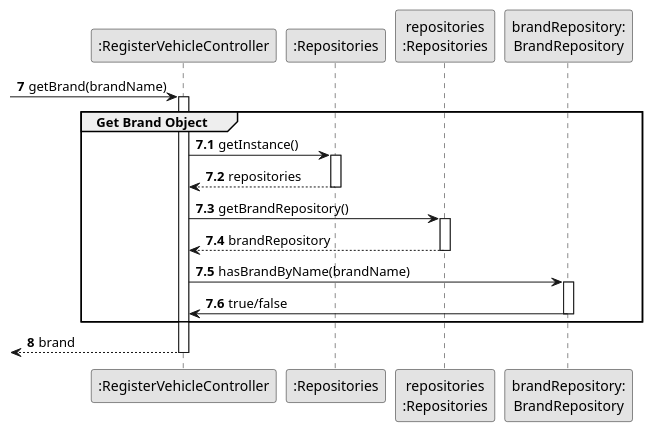
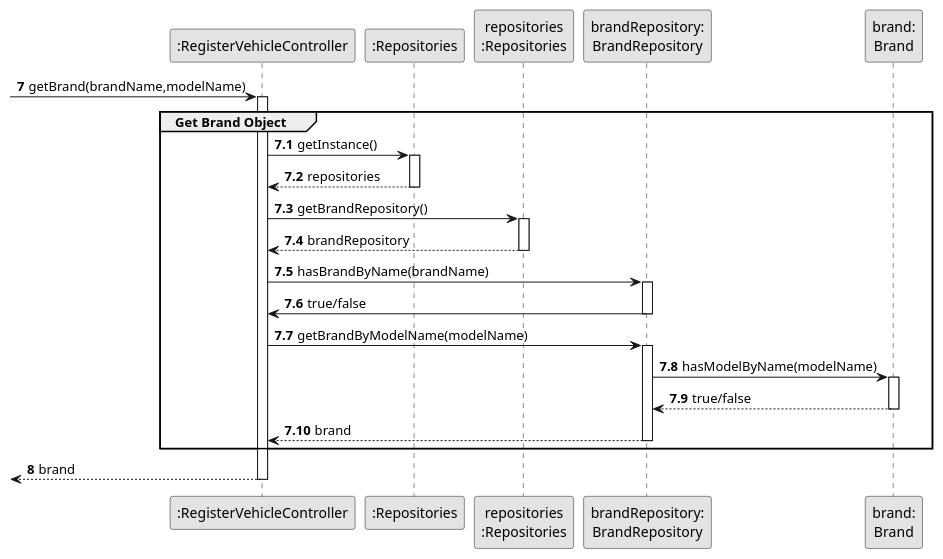
Before and after one commit to Departamento-de-Engenharia-Informatica/lei-24-s2-1db-g022: the diagram in docs/sprint2/us06/03.design/puml/us06-sequence-diagram-partial-get-brand.puml, drawn with PlantUML. The commit also changed 35 other files, not shown here.

Commit message:
Rectification of US06 diagrams Realisation of US06 implementation

```diff
--- a/docs/sprint2/us06/03.design/puml/us06-sequence-diagram-partial-get-brand.puml
+++ b/docs/sprint2/us06/03.design/puml/us06-sequence-diagram-partial-get-brand.puml
@@ -1,43 +1,58 @@
 @startuml
 skinparam monochrome true
 skinparam packageStyle rectangle
 skinparam shadowing false
 
 participant ":RegisterVehicleController" as CTRL
 participant ":Repositories" as RepositorySingleton
 participant "repositories\n:Repositories" as PLAT
 participant "brandRepository:\nBrandRepository" as BR
+participant "brand:\nBrand" as Brand
 
 autonumber 7
--> CTRL: getBrand(brandName)
+-> CTRL: getBrand(brandName,modelName)
 
 autonumber 7.1
 activate CTRL
     group Get Brand Object
 
     CTRL -> RepositorySingleton : getInstance()
             activate RepositorySingleton
 
                 RepositorySingleton --> CTRL: repositories
             deactivate RepositorySingleton
 
             CTRL -> PLAT : getBrandRepository()
             activate PLAT
 
                 PLAT --> CTRL : brandRepository
             deactivate PLAT
 
         CTRL -> BR : hasBrandByName(brandName)
 
         activate BR
 
             BR -> CTRL : true/false
         deactivate BR
+
+        CTRL -> BR : getBrandByModelName(modelName)
+
+        activate BR
+
+        BR -> Brand : hasModelByName(modelName)
+
+        activate Brand
+
+        Brand --> BR : true/false
+        deactivate Brand
+
+        BR --> CTRL : brand
+        deactivate BR
     end
 
     autonumber 8
     <-- CTRL : brand
 deactivate CTRL
 
 
 @enduml
```
